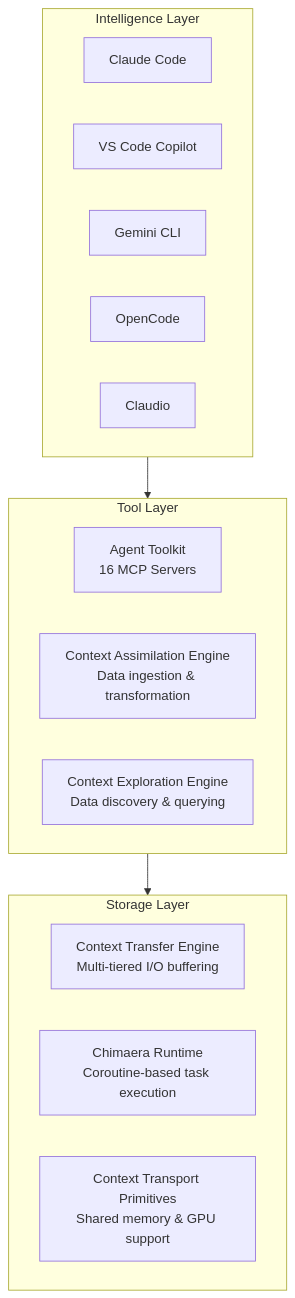
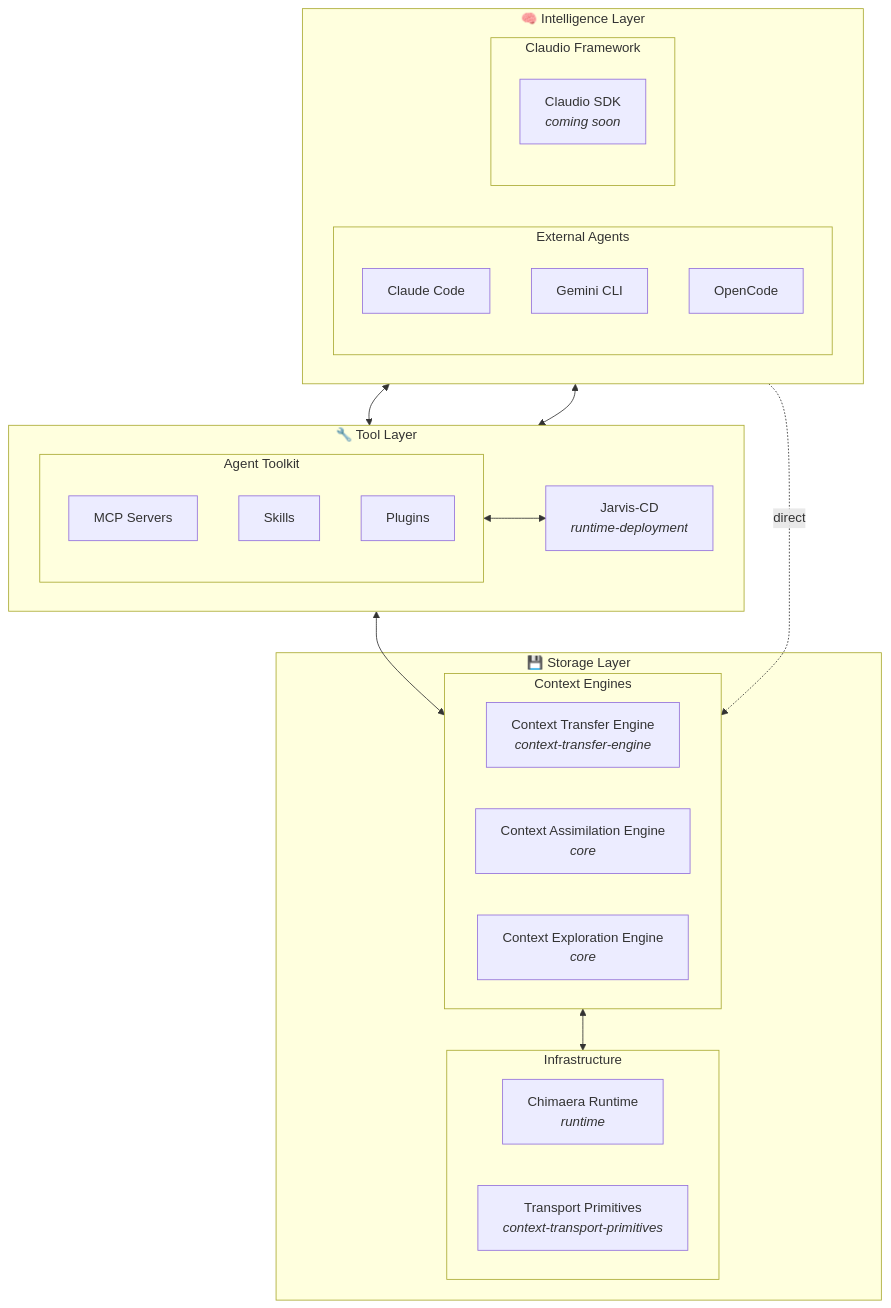
Before and after one commit to iowarp/.github: the diagram in profile/README.md, drawn with Mermaid. The commit also changed other lines of this file, not shown here.

Commit message:
Revise architecture diagram with correct layer structure
- Intelligence: External Agents (Claude Code, Gemini CLI, OpenCode) + Claudio Framework
- Tool: Agent Toolkit (MCP Servers, Skills, Plugins) + Jarvis-CD
- Storage: 3 Context Engines (layered above) + Chimaera Runtime + Transport Primitives
- Add dashed line for Claudio direct-to-Storage path
- Bidirectional arrows showing integration
- Component names with repo names in italics
- Claudio marked as "coming soon"
- Reorganize repo tables by layer

````diff
--- a/profile/README.md
+++ b/profile/README.md
@@ -29,25 +29,45 @@
 ```mermaid
 graph TB
-    subgraph Intelligence["Intelligence Layer"]
-        CC[Claude Code]
-        VSC[VS Code Copilot]
-        GC[Gemini CLI]
-        OC[OpenCode]
-        CL[Claudio]
+    subgraph Intelligence["🧠 Intelligence Layer"]
+        direction LR
+        subgraph External["External Agents"]
+            CC[Claude Code]
+            GC[Gemini CLI]
+            OC[OpenCode]
+        end
+        subgraph Framework["Claudio Framework"]
+            CL[Claudio SDK<br/><i>coming soon</i>]
+        end
     end
 
-    subgraph Tool["Tool Layer"]
-        AT[Agent Toolkit<br/>16 MCP Servers]
-        CAE[Context Assimilation Engine<br/>Data ingestion & transformation]
-        CEE[Context Exploration Engine<br/>Data discovery & querying]
+    subgraph Tool["🔧 Tool Layer"]
+        direction LR
+        subgraph Toolkit["Agent Toolkit"]
+            MCP[MCP Servers]
+            SK[Skills]
+            PL[Plugins]
+        end
+        JCD[Jarvis-CD<br/><i>runtime-deployment</i>]
     end
 
-    subgraph Storage["Storage Layer"]
-        CTE[Context Transfer Engine<br/>Multi-tiered I/O buffering]
-        RT[Chimaera Runtime<br/>Coroutine-based task execution]
-        CTP[Context Transport Primitives<br/>Shared memory & GPU support]
+    subgraph Storage["💾 Storage Layer"]
+        subgraph Engines["Context Engines"]
+            direction LR
+            CTE[Context Transfer Engine<br/><i>context-transfer-engine</i>]
+            CAE[Context Assimilation Engine<br/><i>core</i>]
+            CEE[Context Exploration Engine<br/><i>core</i>]
+        end
+        subgraph Infra["Infrastructure"]
+            direction LR
+            RT[Chimaera Runtime<br/><i>runtime</i>]
+            CTP[Transport Primitives<br/><i>context-transport-primitives</i>]
+        end
     end
 
-    Intelligence --> Tool
-    Tool --> Storage
+    External <--> Toolkit
+    Framework <--> Toolkit
+    Framework -.->|direct| Engines
+    Toolkit <--> Engines
+    Toolkit <--> JCD
+    Engines <--> Infra
 ```
````
